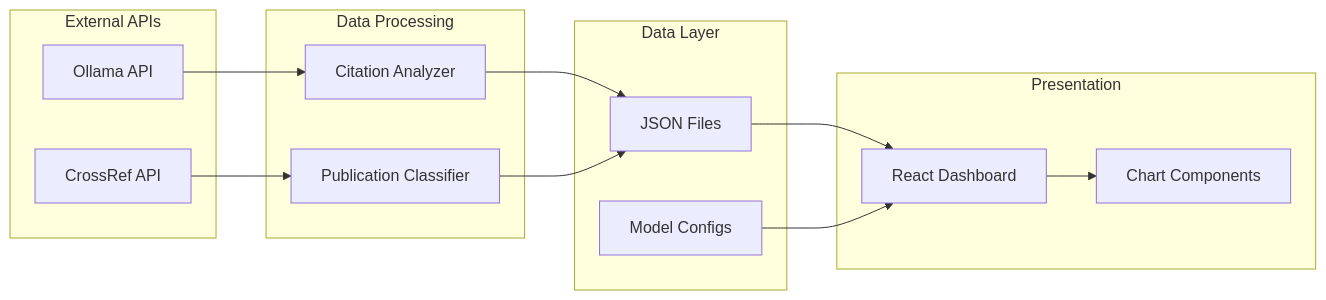
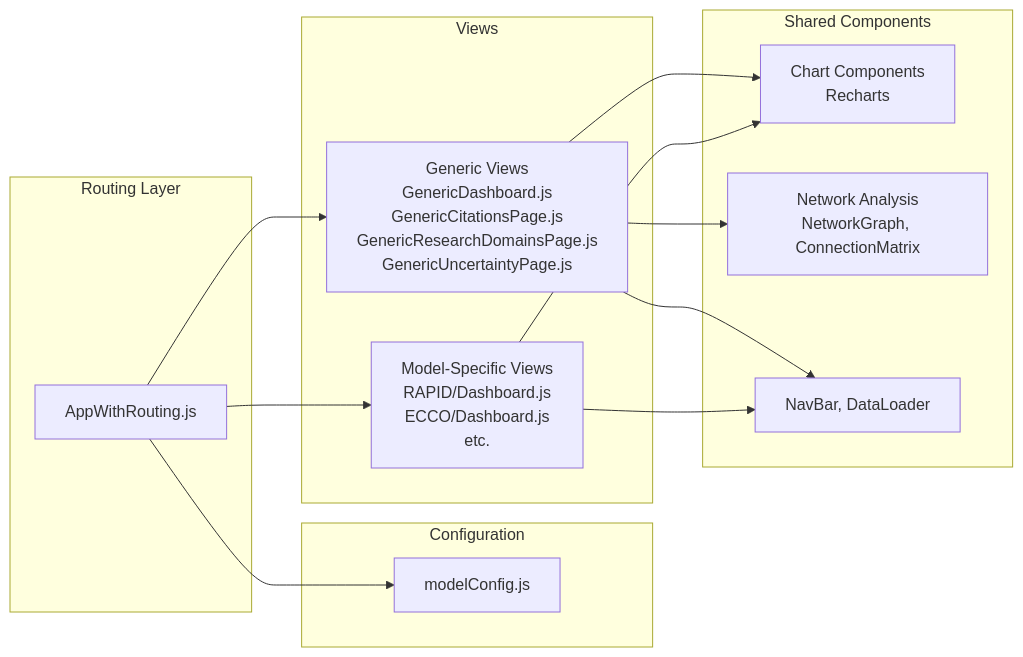
One commit to nasa-jpl/JEME changed the fourth of 4 diagrams in public/HOW_IT_WORKS.md. Above: the diagram before and after it, drawn with Mermaid. The commit also changed other lines of this file and 3 other files, not shown here.

First line of the commit message:
Refactor JEME Dashboard Documentation and Update Citation Trend Charts

````diff
--- a/public/HOW_IT_WORKS.md
+++ b/public/HOW_IT_WORKS.md
@@ -375,30 +257,30 @@
 ```mermaid
 graph LR
-    subgraph "External APIs"
-        A[CrossRef API]
-        B[Ollama API]
+    subgraph "Routing Layer"
+        A[AppWithRouting.js]
     end
-    
-    subgraph "Data Processing"
-        C[Citation Analyzer]
-        D[Publication Classifier]
+
+    subgraph "Configuration"
+        B[modelConfig.js]
     end
-    
-    subgraph "Data Layer"
-        E[JSON Files]
-        F[Model Configs]
+
+    subgraph "Views"
+        C[Generic Views<br/>GenericDashboard.js<br/>GenericCitationsPage.js<br/>GenericResearchDomainsPage.js<br/>GenericUncertaintyPage.js]
+        D[Model-Specific Views<br/>RAPID/Dashboard.js<br/>ECCO/Dashboard.js<br/>etc.]
     end
-    
-    subgraph "Presentation"
-        G[React Dashboard]
-        H[Chart Components]
+
+    subgraph "Shared Components"
+        E[Chart Components<br/>Recharts]
+        F[Network Analysis<br/>NetworkGraph, ConnectionMatrix]
+        G[NavBar, DataLoader]
     end
-    
+
+    A --> B
+    A --> C
     A --> D
-    B --> C
     C --> E
     D --> E
-    E --> G
-    F --> G
-    G --> H
+    C --> G
+    D --> G
+    C --> F
 ```
````
